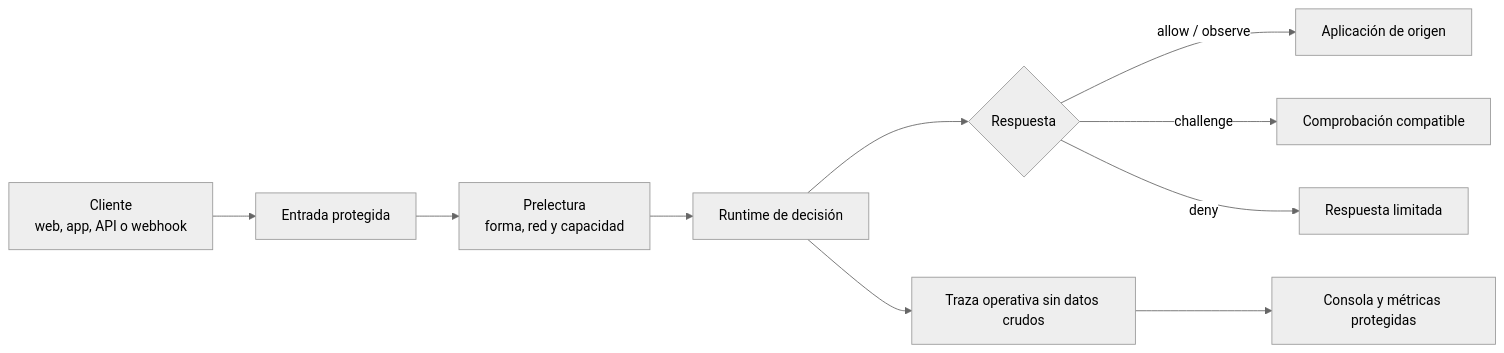
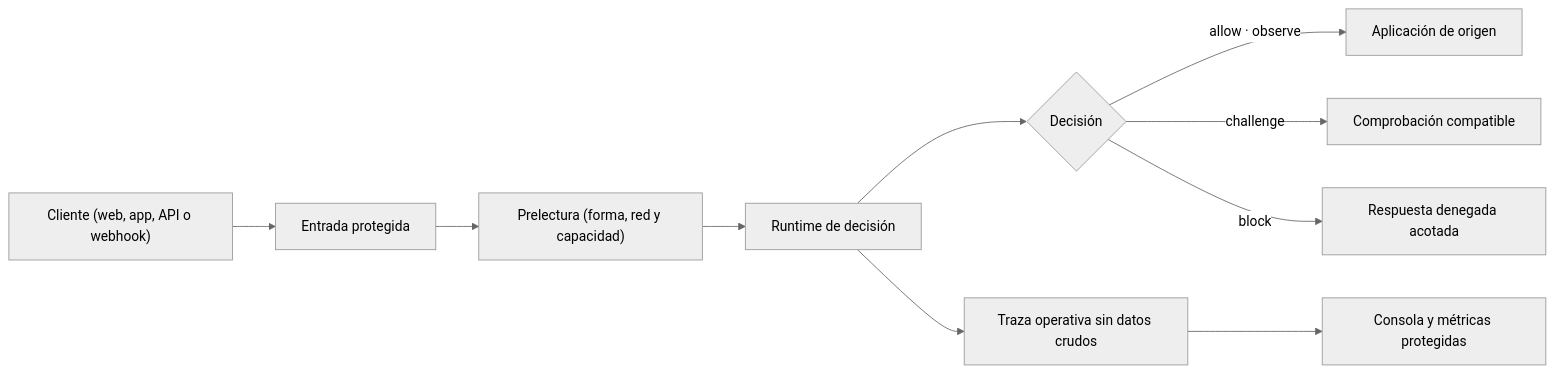
One commit to daniwxxx/abuseshield-docs changed the first of 2 diagrams in docs/architecture.md. Above: the diagram before and after it, drawn with Mermaid (neutral theme). The commit also changed other lines of this file and 40 other files, not shown here.

````diff
--- a/docs/architecture.md
+++ b/docs/architecture.md
@@ -7,12 +7,12 @@
 ```mermaid
 flowchart LR
-    C[Cliente\nweb, app, API o webhook] --> E[Entrada protegida]
-    E --> P[Prelectura\nforma, red y capacidad]
-    P --> M[Runtime de decisión]
-    M --> A{Respuesta}
-    A -->|allow / observe| O[Aplicación de origen]
-    A -->|challenge| H[Comprobación compatible]
-    A -->|deny| D[Respuesta limitada]
-    M --> T[Traza operativa sin datos crudos]
-    T --> V[Consola y métricas protegidas]
+    C["Cliente (web, app, API o webhook)"] --> E["Entrada protegida"]
+    E --> P["Prelectura (forma, red y capacidad)"]
+    P --> M["Runtime de decisión"]
+    M --> A{"Decisión"}
+    A -->|allow · observe| O["Aplicación de origen"]
+    A -->|challenge| H["Comprobación compatible"]
+    A -->|block| D["Respuesta denegada acotada"]
+    M --> T["Traza operativa sin datos crudos"]
+    T --> V["Consola y métricas protegidas"]
 ```
````
